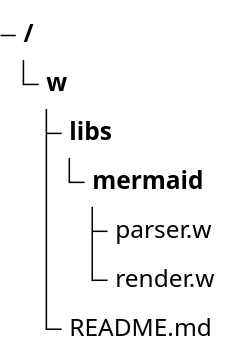
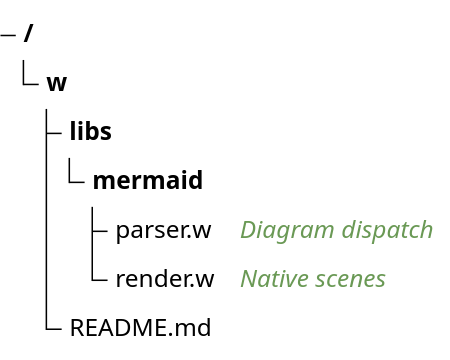
The diagram in examples/mermaid/treeview.mmd (reardan/w), drawn with Mermaid before and after one commit. The commit also changed 11 other files, not shown here.

First line of the commit message:
mermaid: block shapes, block arrows and styles; treemap classes; docs

```diff
--- a/examples/mermaid/treeview.mmd
+++ b/examples/mermaid/treeview.mmd
@@ -1,7 +1,7 @@
 treeView-beta
 w/
-  libs/
-    mermaid/
-      parser.w
-      render.w
-  README.md
+├── libs/
+│   └── mermaid/
+│       ├── parser.w ## Diagram dispatch
+│       └── render.w ## Native scenes
+└── README.md
```
